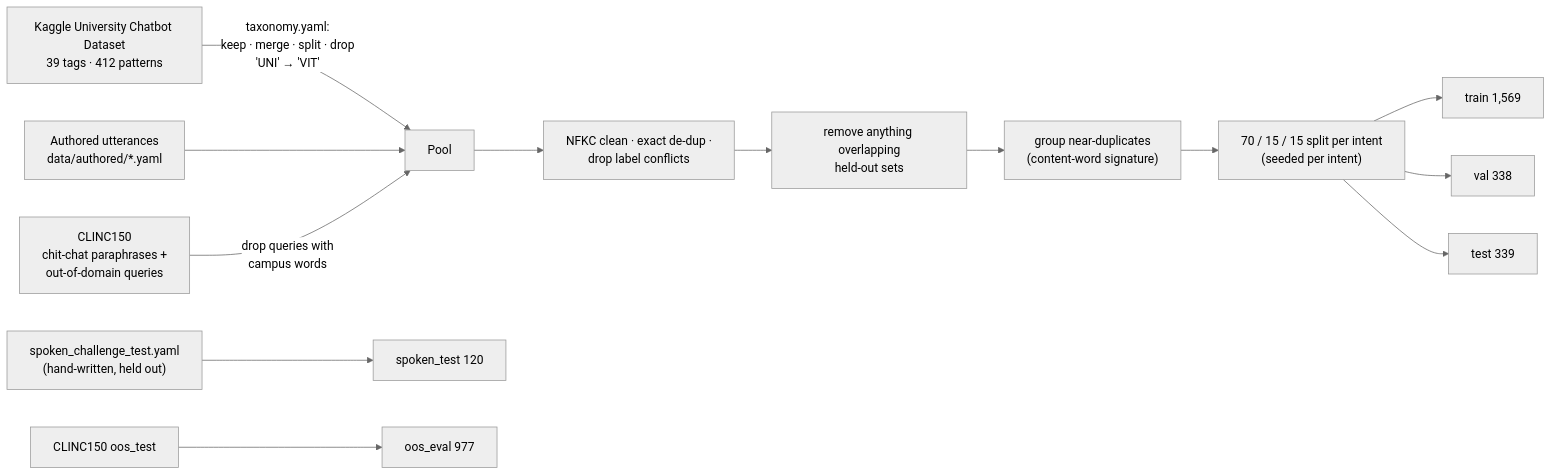
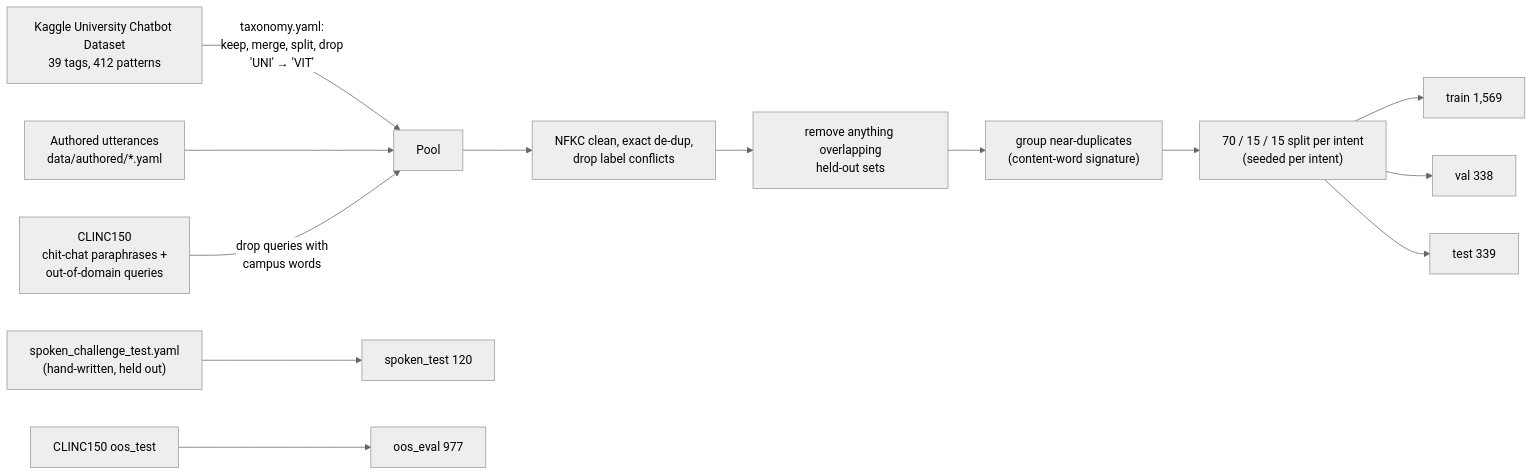
One commit to js0nnn/VITmate changed the diagram in docs/03-dataset.md. Above: the diagram before and after it, drawn with Mermaid (neutral theme). The commit also changed other lines of this file and 31 other files, not shown here.

````diff
--- a/docs/03-dataset.md
+++ b/docs/03-dataset.md
@@ -7,16 +7,16 @@
 ```mermaid
 %% file: dataset-build-pipeline
 flowchart LR
-    K["Kaggle University Chatbot Dataset<br/>39 tags · 412 patterns"] -->|"taxonomy.yaml:<br/>keep · merge · split · drop<br/>'UNI' → 'VIT'"| P
+    K["Kaggle University Chatbot Dataset<br/>39 tags, 412 patterns"] -->|"taxonomy.yaml:<br/>keep, merge, split, drop<br/>'UNI' → 'VIT'"| P
     A["Authored utterances<br/>data/authored/*.yaml"] --> P
     C["CLINC150<br/>chit-chat paraphrases +<br/>out-of-domain queries"] -->|"drop queries with<br/>campus words"| P
-    P["Pool"] --> D["NFKC clean · exact de-dup ·<br/>drop label conflicts"]
+    P["Pool"] --> D["NFKC clean, exact de-dup,<br/>drop label conflicts"]
     D --> H["remove anything overlapping<br/>held-out sets"]
     H --> G["group near-duplicates<br/>(content-word signature)"]
     G --> S["70 / 15 / 15 split per intent<br/>(seeded per intent)"]
     S --> TR["train 1,569"]
     S --> VA["val 338"]
     S --> TE["test 339"]
     X["spoken_challenge_test.yaml<br/>(hand-written, held out)"] --> SP["spoken_test 120"]
     C2["CLINC150 oos_test"] --> OO["oos_eval 977"]
 ```
````
